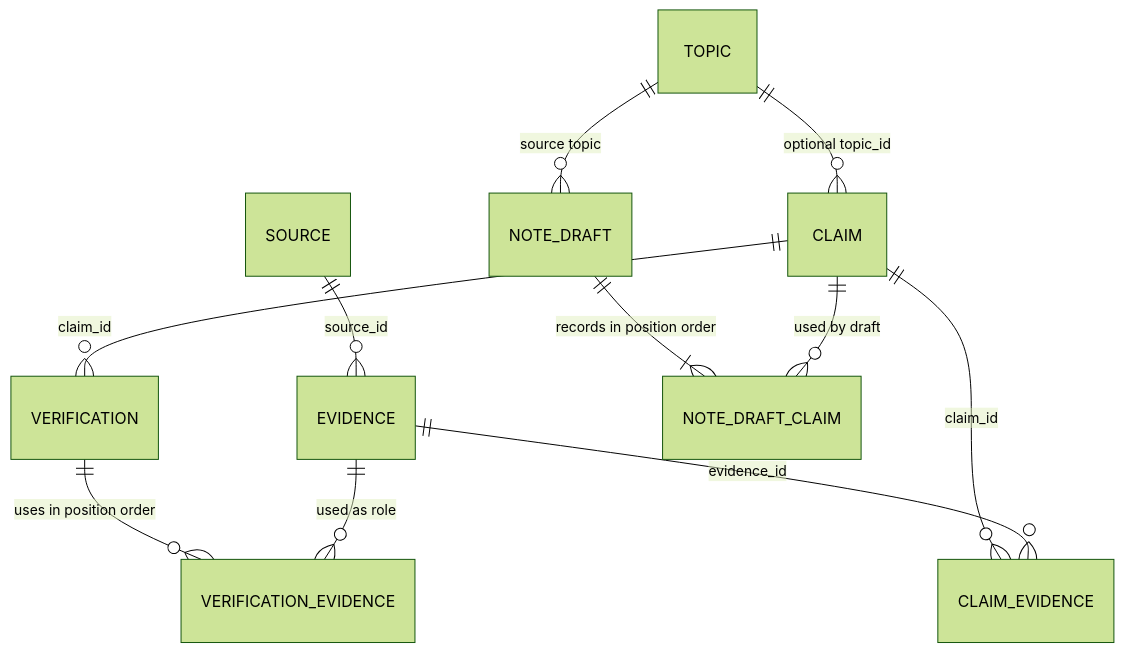
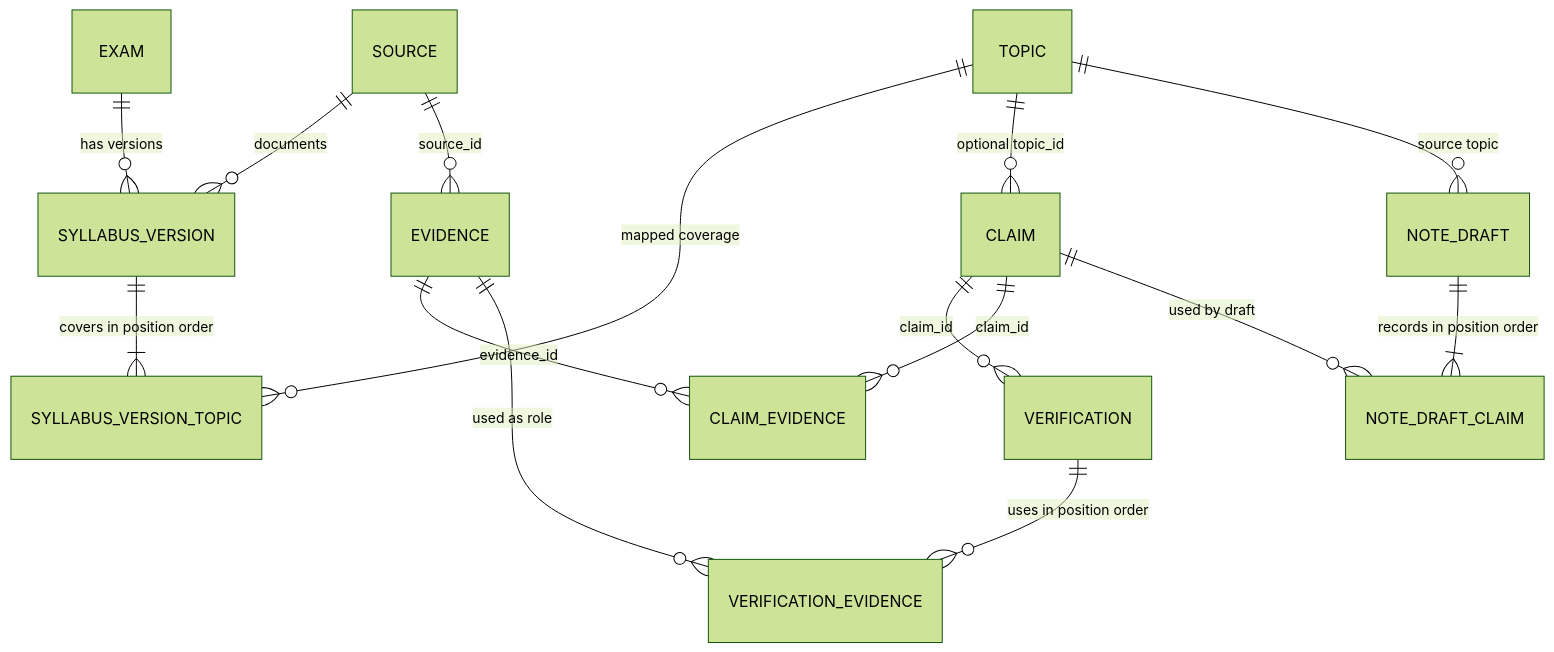
One commit to Dyuti60/assam-exam-ai changed the second of 3 diagrams in docs/architecture.md. Above: the diagram before and after it, drawn with Mermaid (forest theme). The commit also changed other lines of this file, not shown here.

Commit message:
docs: record T-017 architecture approval

````diff
--- a/docs/architecture.md
+++ b/docs/architecture.md
@@ -52,13 +52,17 @@
 ```mermaid
 erDiagram
+    EXAM ||--o{ SYLLABUS_VERSION : "has versions"
+    SOURCE ||--o{ SYLLABUS_VERSION : "documents"
+    SYLLABUS_VERSION ||--|{ SYLLABUS_VERSION_TOPIC : "covers in position order"
+    TOPIC ||--o{ SYLLABUS_VERSION_TOPIC : "mapped coverage"
     TOPIC ||--o{ CLAIM : "optional topic_id"
     SOURCE ||--o{ EVIDENCE : "source_id"
     CLAIM ||--o{ VERIFICATION : "claim_id"
     CLAIM ||--o{ CLAIM_EVIDENCE : "claim_id"
     EVIDENCE ||--o{ CLAIM_EVIDENCE : "evidence_id"
     VERIFICATION ||--o{ VERIFICATION_EVIDENCE : "uses in position order"
     EVIDENCE ||--o{ VERIFICATION_EVIDENCE : "used as role"
     TOPIC ||--o{ NOTE_DRAFT : "source topic"
     NOTE_DRAFT ||--|{ NOTE_DRAFT_CLAIM : "records in position order"
     CLAIM ||--o{ NOTE_DRAFT_CLAIM : "used by draft"
 ```
````
